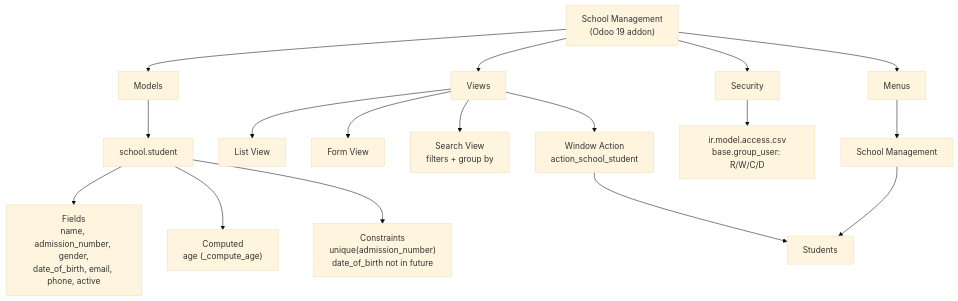
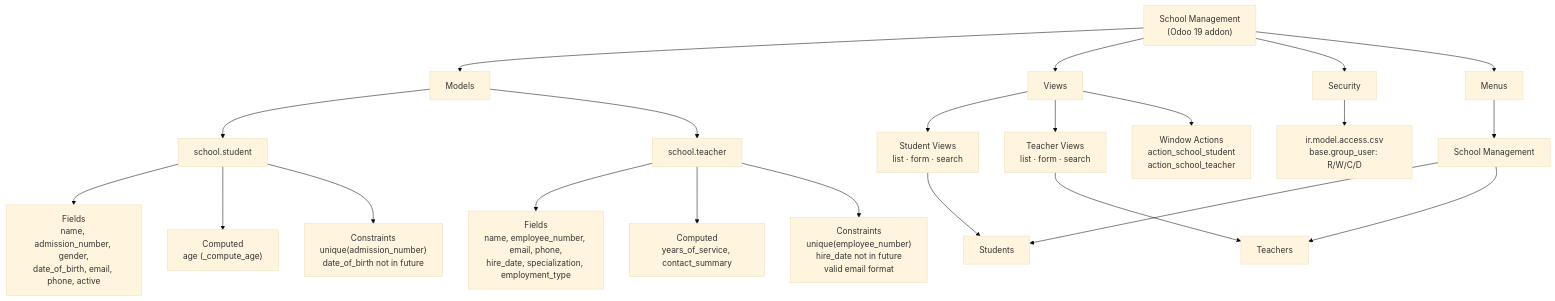
Before and after one commit to Ahmed-Samy-Omran/school_management: the first of 4 diagrams in README.md, drawn with Mermaid (base theme). The commit also changed other lines of this file and 2 other files, not shown here.

First line of the commit message:
docs: document teacher model and views with architecture, data model and rules diagrams

````diff
--- a/README.md
+++ b/README.md
@@ -32,24 +37,30 @@
 ```mermaid
 flowchart TD
     A["School Management<br/>(Odoo 19 addon)"] --> B["Models"]
     A --> C["Views"]
     A --> D["Security"]
     A --> E["Menus"]
 
     B --> B1["school.student"]
     B1 --> B1a["Fields<br/>name, admission_number, gender,<br/>date_of_birth, email, phone, active"]
     B1 --> B1b["Computed<br/>age (_compute_age)"]
     B1 --> B1c["Constraints<br/>unique(admission_number)<br/>date_of_birth not in future"]
 
-    C --> C1["List View"]
-    C --> C2["Form View"]
-    C --> C3["Search View<br/>filters + group by"]
-    C --> C4["Window Action<br/>action_school_student"]
+    B --> B2["school.teacher"]
+    B2 --> B2a["Fields<br/>name, employee_number, email, phone,<br/>hire_date, specialization, employment_type"]
+    B2 --> B2b["Computed<br/>years_of_service, contact_summary"]
+    B2 --> B2c["Constraints<br/>unique(employee_number)<br/>hire_date not in future<br/>valid email format"]
+
+    C --> C1["Student Views<br/>list · form · search"]
+    C --> C2["Teacher Views<br/>list · form · search"]
+    C --> C3["Window Actions<br/>action_school_student<br/>action_school_teacher"]
 
     D --> D1["ir.model.access.csv<br/>base.group_user: R/W/C/D"]
 
     E --> E1["School Management"]
     E1 --> E2["Students"]
+    E1 --> E3["Teachers"]
 
-    C4 --> E2
+    C1 --> E2
+    C2 --> E3
 ```
````
